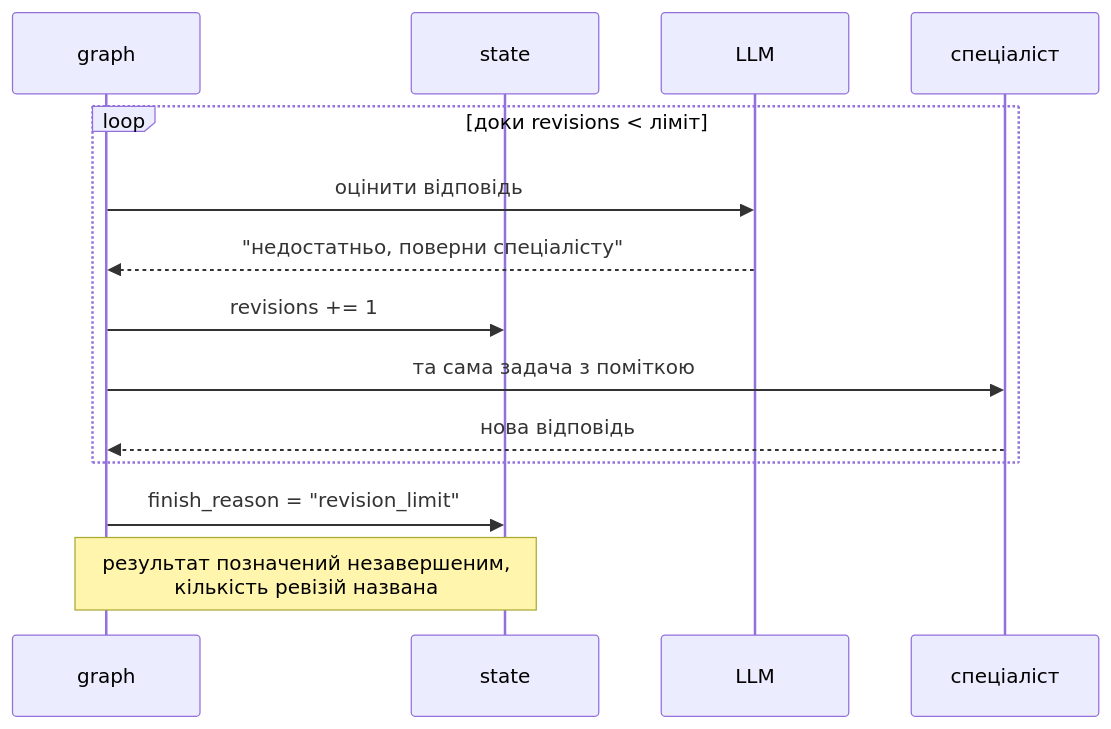
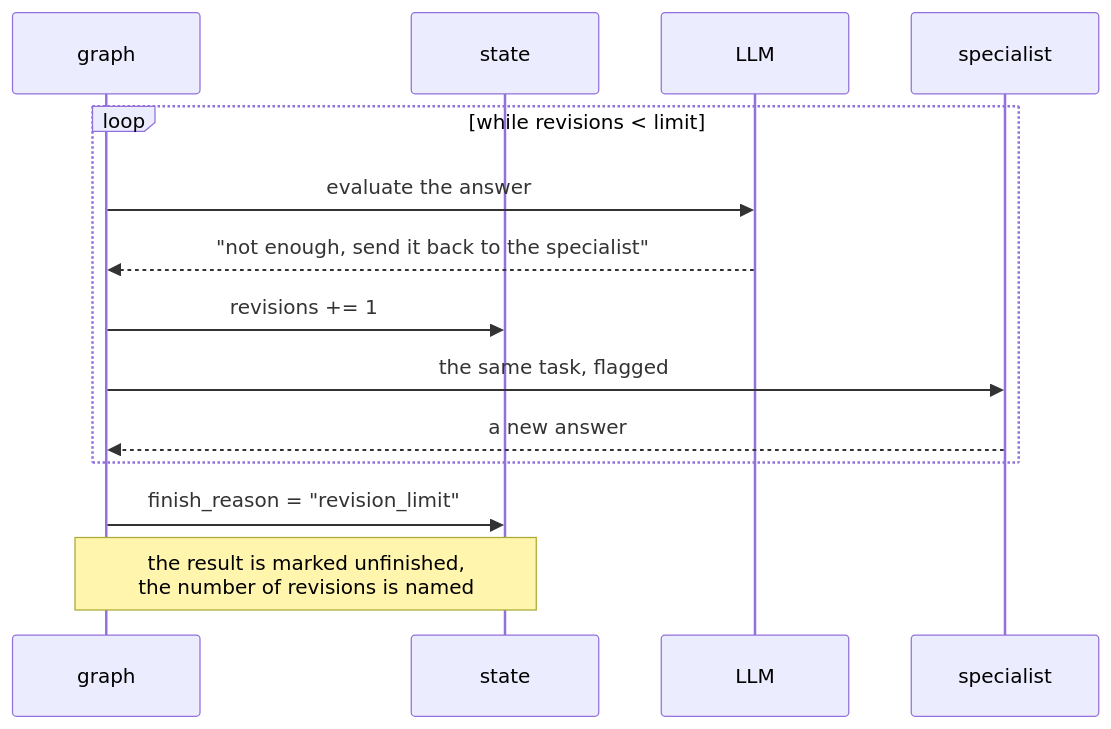
One commit to AZANIR/agentic-ai changed the fourth of 5 diagrams in docs/features/s03-router/sad.md. Above: the diagram before and after it, drawn with Mermaid. The commit also changed other lines of this file and 245 other files, not shown here.

````diff
--- a/docs/features/s03-router/sad.md
+++ b/docs/features/s03-router/sad.md
@@ -162,17 +163,17 @@
 ```mermaid
 sequenceDiagram
     participant G as graph
     participant S as state
     participant M as LLM
-    participant Sp as спеціаліст
+    participant Sp as specialist
 
-    loop доки revisions < ліміт
-        G->>M: оцінити відповідь
-        M-->>G: "недостатньо, поверни спеціалісту"
+    loop while revisions < limit
+        G->>M: evaluate the answer
+        M-->>G: "not enough, send it back to the specialist"
         G->>S: revisions += 1
-        G->>Sp: та сама задача з поміткою
-        Sp-->>G: нова відповідь
+        G->>Sp: the same task, flagged
+        Sp-->>G: a new answer
     end
     G->>S: finish_reason = "revision_limit"
-    Note over G,S: результат позначений незавершеним,<br/>кількість ревізій названа
+    Note over G,S: the result is marked unfinished,<br/>the number of revisions is named
 ```
````
